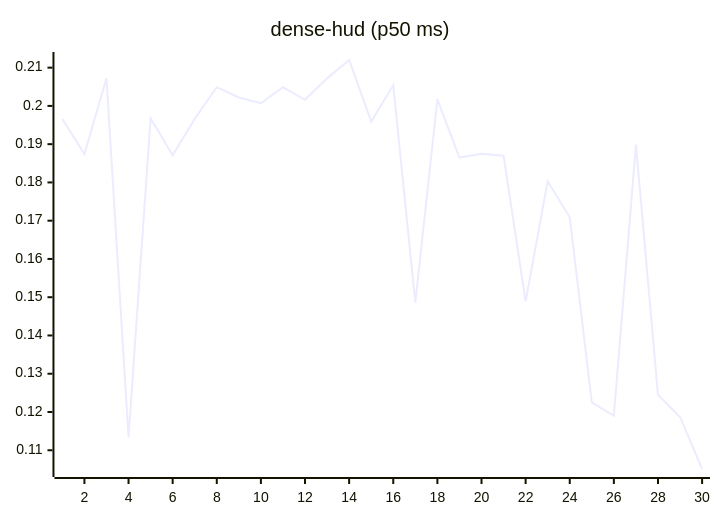
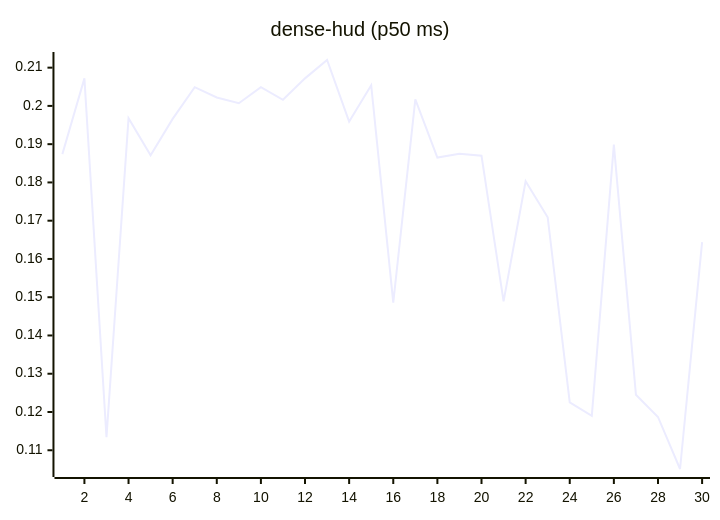
Before and after one commit to josha/Facet: the eighth of 27 diagrams in README.md, drawn with Mermaid. The commit also changed other lines of this file and 2 other files, not shown here.

````diff
--- a/README.md
+++ b/README.md
@@ -112,6 +112,6 @@
 ```mermaid
 xychart-beta
     title "dense-hud (p50 ms)"
     x-axis 1 --> 30
-    line [0.1966, 0.1874, 0.2072, 0.1134, 0.1968, 0.1871, 0.1966, 0.2049, 0.2022, 0.2007, 0.2049, 0.2016, 0.2072, 0.2120, 0.1959, 0.2054, 0.1486, 0.2017, 0.1865, 0.1875, 0.1870, 0.1489, 0.1803, 0.1709, 0.1225, 0.1190, 0.1899, 0.1245, 0.1187, 0.1051]
+    line [0.1874, 0.2072, 0.1134, 0.1968, 0.1871, 0.1966, 0.2049, 0.2022, 0.2007, 0.2049, 0.2016, 0.2072, 0.2120, 0.1959, 0.2054, 0.1486, 0.2017, 0.1865, 0.1875, 0.1870, 0.1489, 0.1803, 0.1709, 0.1225, 0.1190, 0.1899, 0.1245, 0.1187, 0.1051, 0.1644]
 ```
````
